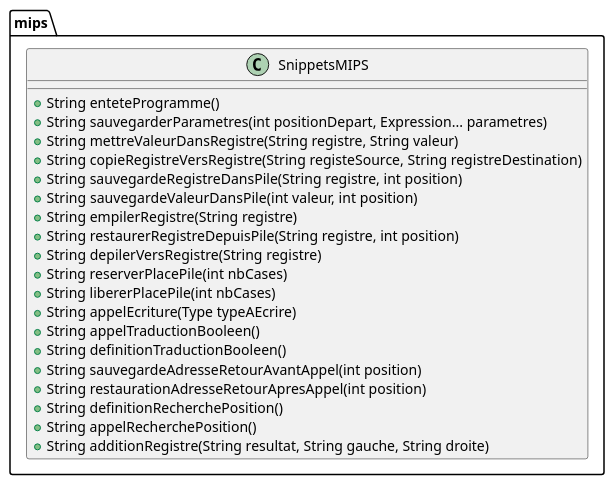
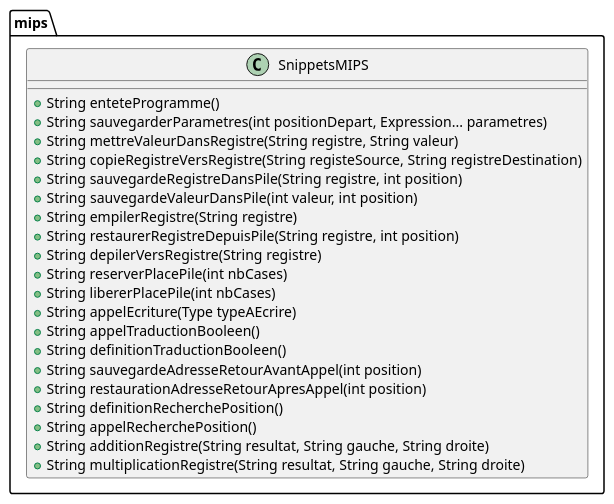
Before and after one commit to wehddn/L3-Compilation-Projet: the diagram in src/Diagrammes/mips.puml, drawn with PlantUML. The commit also changed 4 other files, not shown here.

```diff
--- a/src/Diagrammes/mips.puml
+++ b/src/Diagrammes/mips.puml
@@ -1,25 +1,26 @@
 @startuml
 package mips {
 	class SnippetsMIPS {
 	+ String enteteProgramme()
 	+ String sauvegarderParametres(int positionDepart, Expression... parametres)
 	+ String mettreValeurDansRegistre(String registre, String valeur)
 	+ String copieRegistreVersRegistre(String registeSource, String registreDestination)
 	+ String sauvegardeRegistreDansPile(String registre, int position)
 	+ String sauvegardeValeurDansPile(int valeur, int position)
 	+ String empilerRegistre(String registre)
 	+ String restaurerRegistreDepuisPile(String registre, int position)
 	+ String depilerVersRegistre(String registre)
 	+ String reserverPlacePile(int nbCases)
 	+ String libererPlacePile(int nbCases)
 	+ String appelEcriture(Type typeAEcrire)
 	+ String appelTraductionBooleen()
 	+ String definitionTraductionBooleen()
 	+ String sauvegardeAdresseRetourAvantAppel(int position)
 	+ String restaurationAdresseRetourApresAppel(int position)
 	+ String definitionRecherchePosition()
 	+ String appelRecherchePosition()
 	+ String additionRegistre(String resultat, String gauche, String droite)
+	+ String multiplicationRegistre(String resultat, String gauche, String droite)
 	}
 }
 @enduml
```
